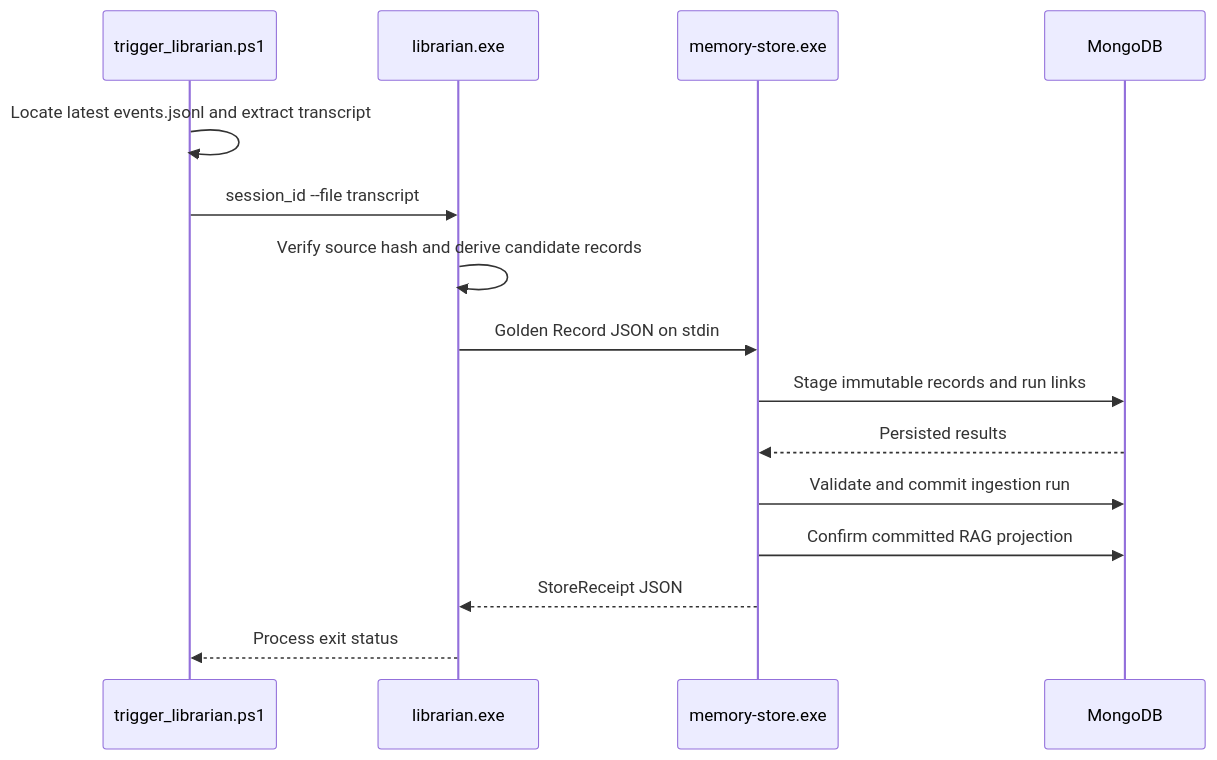
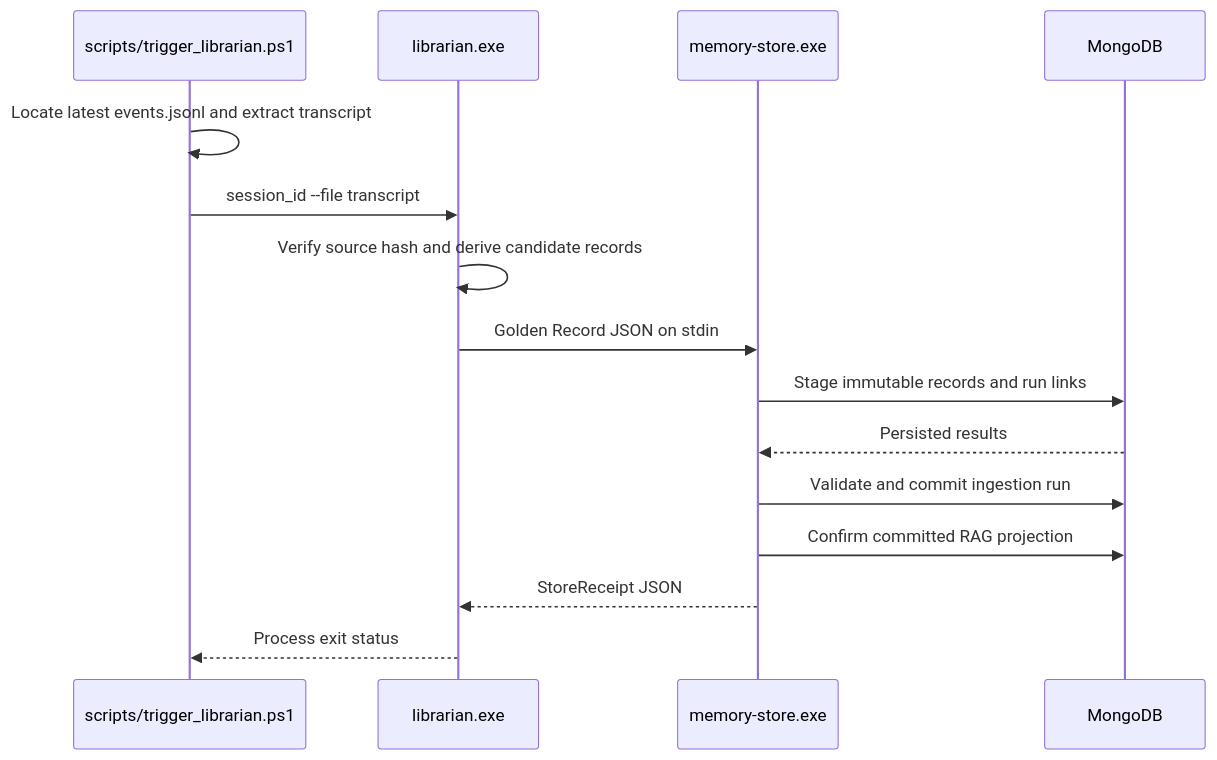
One commit to usrname1git/GodBrain changed the fourth of 4 diagrams in docs/architecture/reference.md. Above: the diagram before and after it, drawn with Mermaid. The commit also changed other lines of this file and 22 other files, not shown here.

````diff
--- a/docs/architecture/reference.md
+++ b/docs/architecture/reference.md
@@ -252,18 +252,18 @@
 ```mermaid
 sequenceDiagram
-    participant T as trigger_librarian.ps1
+    participant T as scripts/trigger_librarian.ps1
     participant L as librarian.exe
     participant G as memory-store.exe
     participant M as MongoDB
 
     T->>T: Locate latest events.jsonl and extract transcript
     T->>L: session_id --file transcript
     L->>L: Verify source hash and derive candidate records
     L->>G: Golden Record JSON on stdin
     G->>M: Stage immutable records and run links
     M-->>G: Persisted results
     G->>M: Validate and commit ingestion run
     G->>M: Confirm committed RAG projection
     G-->>L: StoreReceipt JSON
     L-->>T: Process exit status
 ```
````
